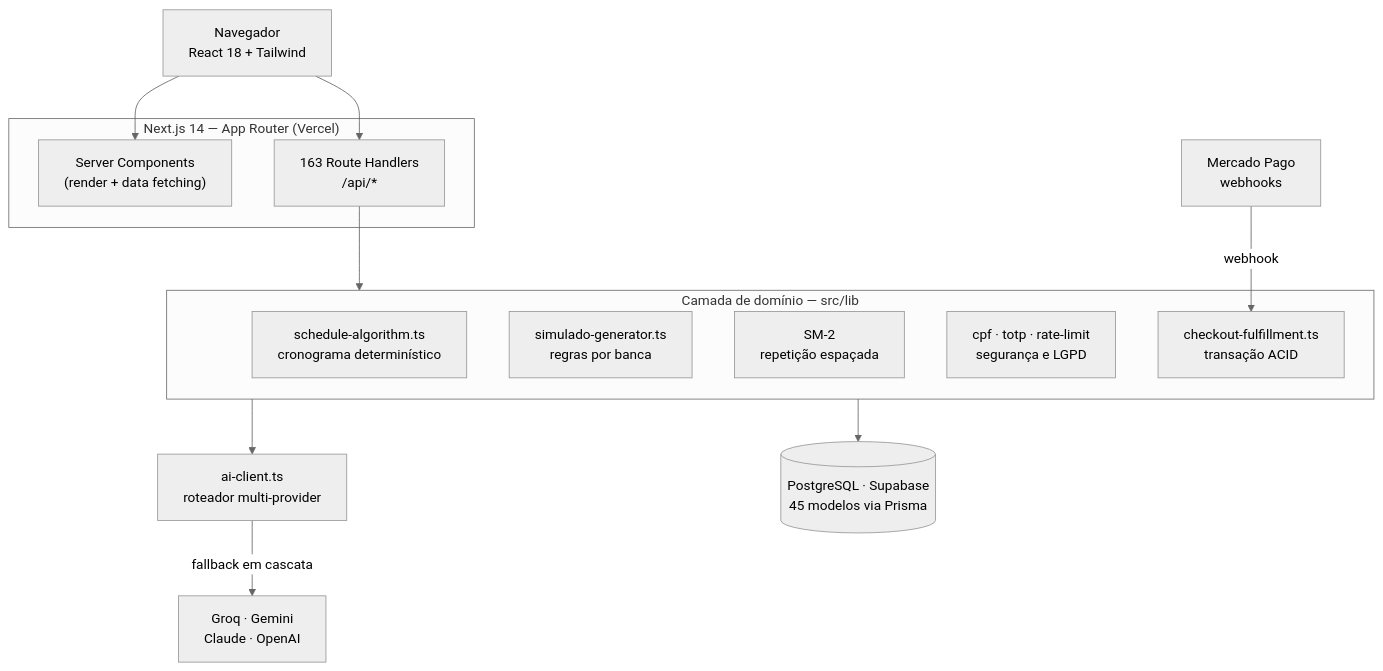
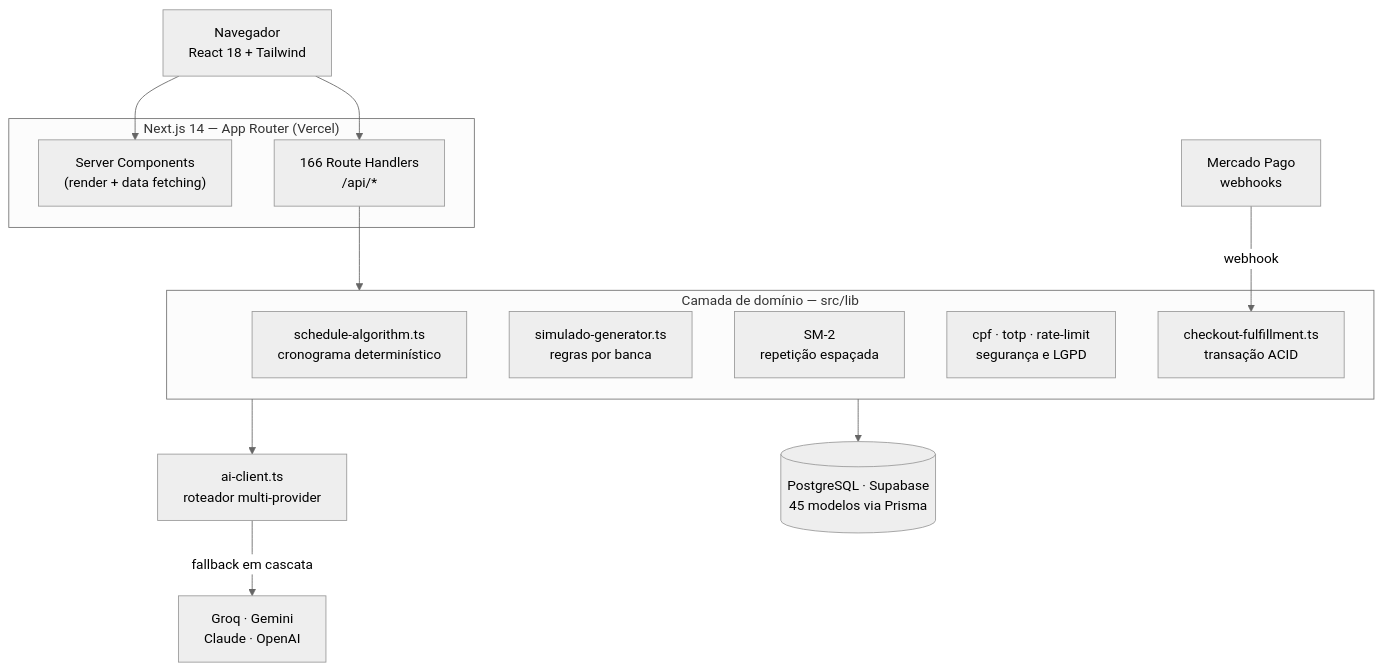
The first of 2 diagrams in README.md (Lucascarvalho20/gabaritai), drawn with Mermaid (neutral theme) before and after one commit. The commit also changed other lines of this file, not shown here.

````diff
--- a/README.md
+++ b/README.md
@@ -20,28 +20,28 @@
 ```mermaid
 flowchart TB
     Browser["Navegador<br/>React 18 + Tailwind"]
 
     subgraph Next["Next.js 14 — App Router (Vercel)"]
         RSC["Server Components<br/>(render + data fetching)"]
-        API["163 Route Handlers<br/>/api/*"]
+        API["166 Route Handlers<br/>/api/*"]
     end
 
     subgraph Dominio["Camada de domínio — src/lib"]
         SCHED["schedule-algorithm.ts<br/>cronograma determinístico"]
         SIM["simulado-generator.ts<br/>regras por banca"]
         SM2["SM-2<br/>repetição espaçada"]
         SEC["cpf · totp · rate-limit<br/>segurança e LGPD"]
         FULFILL["checkout-fulfillment.ts<br/>transação ACID"]
     end
 
     AI["ai-client.ts<br/>roteador multi-provider"]
     DB[("PostgreSQL · Supabase<br/>45 modelos via Prisma")]
     PAY["Mercado Pago<br/>webhooks"]
 
     Browser --> RSC & API
     API --> Dominio
     Dominio --> DB
     Dominio --> AI
     AI -->|"fallback em cascata"| LLM["Groq · Gemini<br/>Claude · OpenAI"]
     PAY -->|webhook| FULFILL
 ```
````
